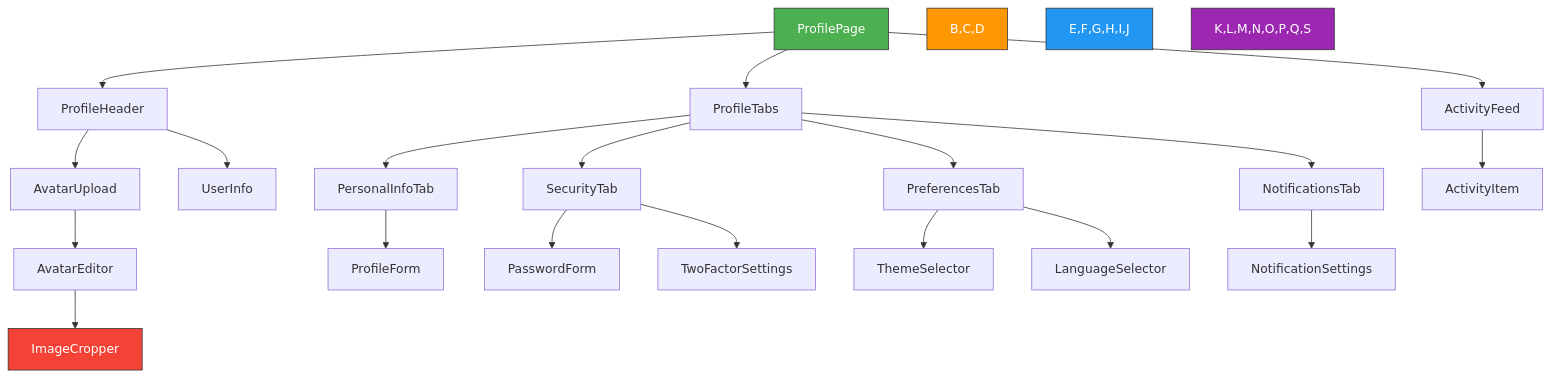
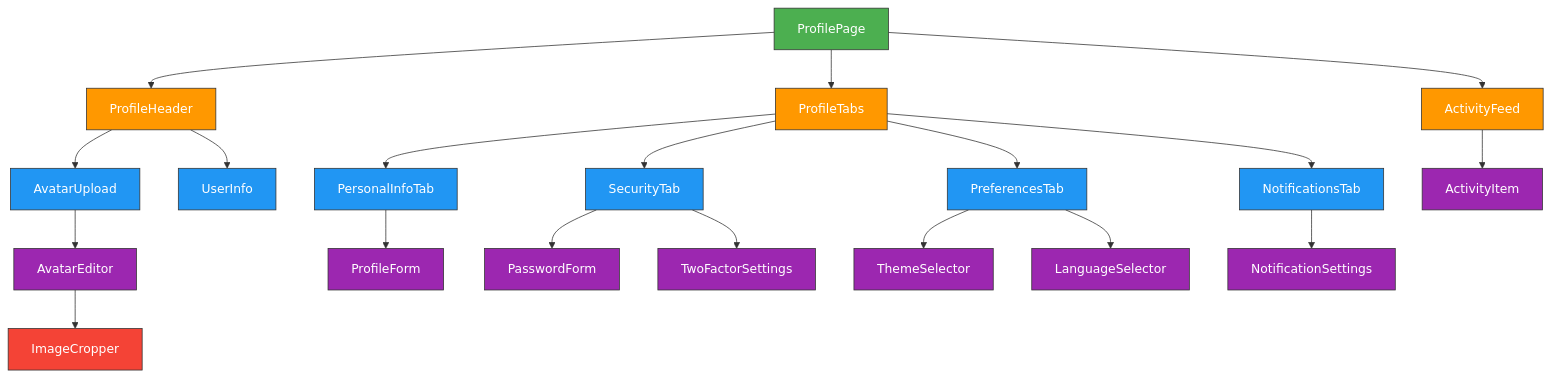
One commit to TuPhung369/Haaga_Backend_Programming changed the sixth of 7 diagrams in TuPhung_Docs/docs/frontend/user-management.md. Above: the diagram before and after it, drawn with Mermaid. The commit also changed other lines of this file and 25 other files, not shown here.

````diff
--- a/TuPhung_Docs/docs/frontend/user-management.md
+++ b/TuPhung_Docs/docs/frontend/user-management.md
@@ -320,32 +320,38 @@
 ```mermaid
 flowchart TD
     A[ProfilePage] --> B[ProfileHeader]
     A --> C[ProfileTabs]
     A --> D[ActivityFeed]
 
     B --> E[AvatarUpload]
     B --> F[UserInfo]
 
     C --> G[PersonalInfoTab]
     C --> H[SecurityTab]
     C --> I[PreferencesTab]
     C --> J[NotificationsTab]
 
     G --> K[ProfileForm]
     H --> L[PasswordForm]
     H --> M[TwoFactorSettings]
     I --> N[ThemeSelector]
     I --> O[LanguageSelector]
     J --> P[NotificationSettings]
 
     E --> Q[AvatarEditor]
     Q --> R[ImageCropper]
 
     D --> S[ActivityItem]
 
-    style A fill:#4CAF50,stroke:#333,stroke-width:1px,color:#fff
-    style B,C,D fill:#FF9800,stroke:#333,stroke-width:1px,color:#fff
-    style E,F,G,H,I,J fill:#2196F3,stroke:#333,stroke-width:1px,color:#fff
-    style K,L,M,N,O,P,Q,S fill:#9C27B0,stroke:#333,stroke-width:1px,color:#fff
-    style R fill:#F44336,stroke:#333,stroke-width:1px,color:#fff
+    classDef mainPage fill:#4CAF50,stroke:#333,stroke-width:1px,color:#fff
+    classDef mainSections fill:#FF9800,stroke:#333,stroke-width:1px,color:#fff
+    classDef subSections fill:#2196F3,stroke:#333,stroke-width:1px,color:#fff
+    classDef components fill:#9C27B0,stroke:#333,stroke-width:1px,color:#fff
+    classDef specialComponent fill:#F44336,stroke:#333,stroke-width:1px,color:#fff
+
+    class A mainPage
+    class B,C,D mainSections
+    class E,F,G,H,I,J subSections
+    class K,L,M,N,O,P,Q,S components
+    class R specialComponent
 ```
````
